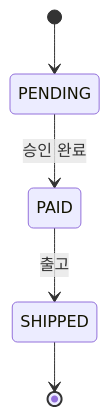
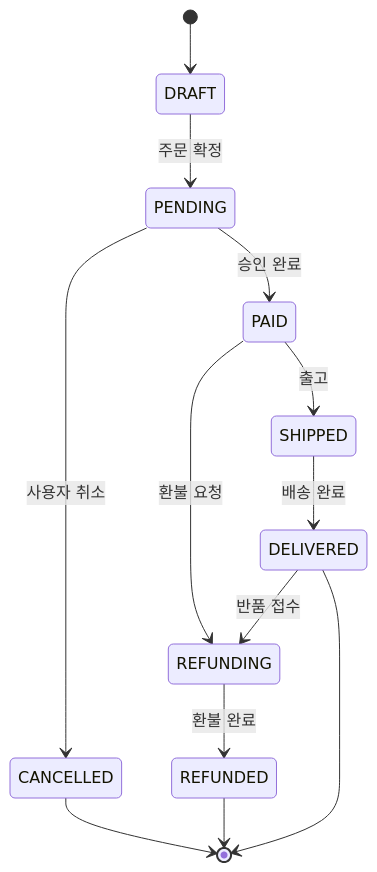
The third of 5 diagrams in docs/drafts/2026-09-fencesvg.md (1989v/msa), drawn with Mermaid before and after one commit. The commit also changed other lines of this file and 7 other files, not shown here.

First line of the commit message:
feat(blog): 다이어그램이 사이트 팔레트를 따라간다 (fencesvg 0.3.1)

````diff
--- a/docs/drafts/2026-09-fencesvg.md
+++ b/docs/drafts/2026-09-fencesvg.md
@@ -118,8 +168,16 @@
 ```mermaid
-%% caption: 주문 상태는 결제와 출고를 거쳐 완료된다
+%% caption: 주문 상태는 취소와 환불로 되돌아갈 수 있다
 stateDiagram-v2
-  [*] --> PENDING
+  [*] --> DRAFT
+  DRAFT --> PENDING: 주문 확정
   PENDING --> PAID: 승인 완료
+  PENDING --> CANCELLED: 사용자 취소
   PAID --> SHIPPED: 출고
-  SHIPPED --> [*]
+  PAID --> REFUNDING: 환불 요청
+  REFUNDING --> REFUNDED: 환불 완료
+  SHIPPED --> DELIVERED: 배송 완료
+  DELIVERED --> REFUNDING: 반품 접수
+  CANCELLED --> [*]
+  REFUNDED --> [*]
+  DELIVERED --> [*]
 ```
````
